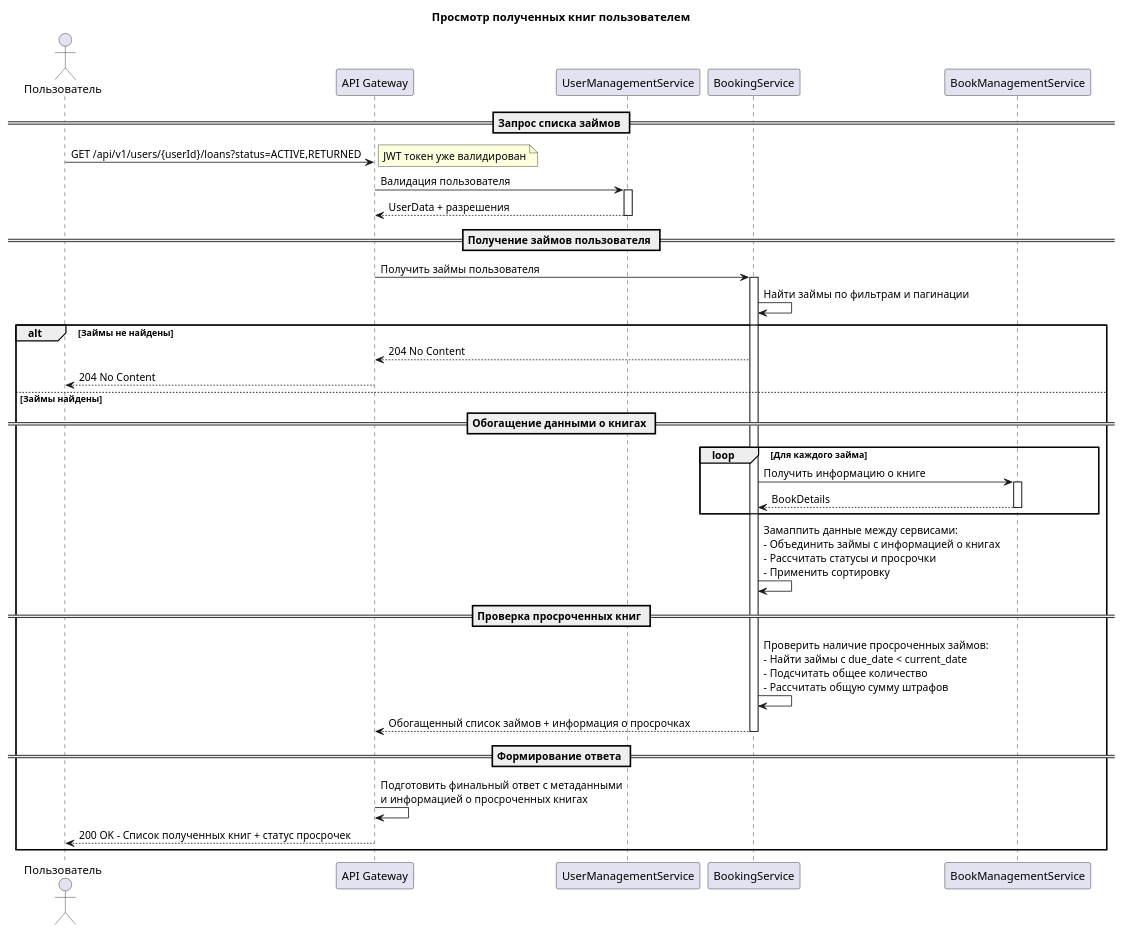
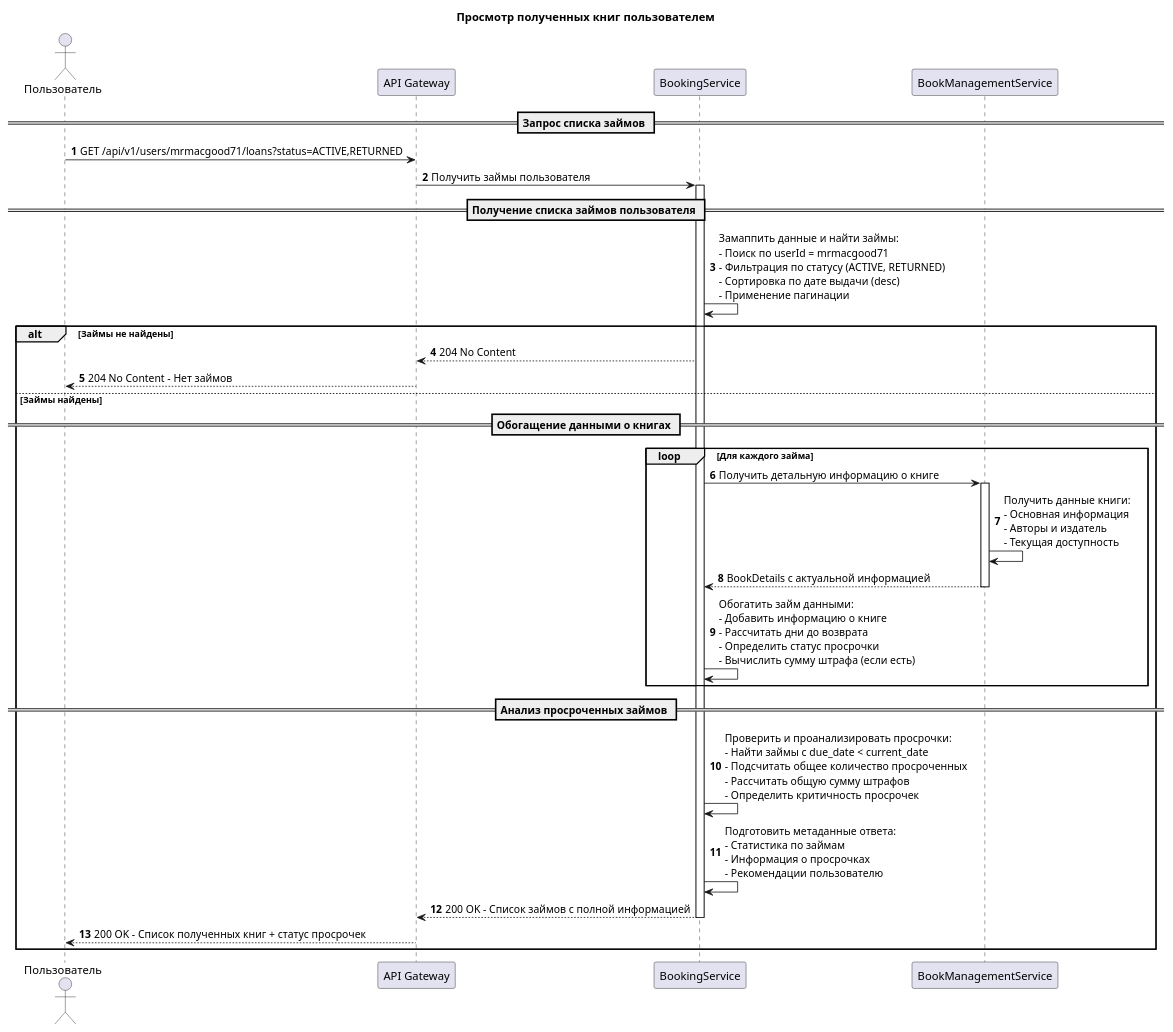
The diagram in sequences/book_service__get_user_loans_plant_seq.puml (mrmacgood71/sber-test-case-SA), drawn with PlantUML before and after one commit. The commit also changed 4 other files, not shown here.

```diff
--- a/sequences/book_service__get_user_loans_plant_seq.puml
+++ b/sequences/book_service__get_user_loans_plant_seq.puml
@@ -1,50 +1,46 @@
 @startuml View User Loans Sequence Diagram
 
 title Просмотр полученных книг пользователем
 
 actor "Пользователь" as User
 participant "API Gateway" as Gateway
-participant "UserManagementService" as UMS
 participant "BookingService" as Booking
 participant "BookManagementService" as BMS
 
+autonumber
 == Запрос списка займов ==
-User -> Gateway: GET /api/v1/users/{userId}/loans?status=ACTIVE,RETURNED
-note right: JWT токен уже валидирован
+User -> Gateway: GET /api/v1/users/mrmacgood71/loans?status=ACTIVE,RETURNED
 
-Gateway -> UMS: Валидация пользователя
-activate UMS
-UMS --> Gateway: UserData + разрешения
-deactivate UMS
-
-== Получение займов пользователя ==
 Gateway -> Booking: Получить займы пользователя
 activate Booking
-Booking -> Booking: Найти займы по фильтрам и пагинации
+
+== Получение списка займов пользователя ==
+Booking -> Booking: Замаппить данные и найти займы:\n- Поиск по userId = mrmacgood71\n- Фильтрация по статусу (ACTIVE, RETURNED)\n- Сортировка по дате выдачи (desc)\n- Применение пагинации
 
 alt Займы не найдены
     Booking --> Gateway: 204 No Content
-    Gateway --> User: 204 No Content
+    Gateway --> User: 204 No Content - Нет займов
 else Займы найдены
     == Обогащение данными о книгах ==
     loop Для каждого займа
-        Booking -> BMS: Получить информацию о книге
+        Booking -> BMS: Получить детальную информацию о книге
         activate BMS
-        BMS --> Booking: BookDetails
+        BMS -> BMS: Получить данные книги:\n- Основная информация\n- Авторы и издатель\n- Текущая доступность
+        BMS --> Booking: BookDetails с актуальной информацией
         deactivate BMS
+        
+        Booking -> Booking: Обогатить займ данными:\n- Добавить информацию о книге\n- Рассчитать дни до возврата\n- Определить статус просрочки\n- Вычислить сумму штрафа (если есть)
     end
     
-    Booking -> Booking: Замаппить данные между сервисами:\n- Объединить займы с информацией о книгах\n- Рассчитать статусы и просрочки\n- Применить сортировку
+    == Анализ просроченных займов ==
+    Booking -> Booking: Проверить и проанализировать просрочки:\n- Найти займы с due_date < current_date\n- Подсчитать общее количество просроченных\n- Рассчитать общую сумму штрафов\n- Определить критичность просрочек
     
-    == Проверка просроченных книг ==
-    Booking -> Booking: Проверить наличие просроченных займов:\n- Найти займы с due_date < current_date\n- Подсчитать общее количество\n- Рассчитать общую сумму штрафов
+    Booking -> Booking: Подготовить метаданные ответа:\n- Статистика по займам\n- Информация о просрочках\n- Рекомендации пользователю
     
-    Booking --> Gateway: Обогащенный список займов + информация о просрочках
+    Booking --> Gateway: 200 OK - Список займов с полной информацией
     deactivate Booking
     
-    == Формирование ответа ==
-    Gateway -> Gateway: Подготовить финальный ответ с метаданными\nи информацией о просроченных книгах
     Gateway --> User: 200 OK - Список полученных книг + статус просрочек
 end
 
 @enduml
```
